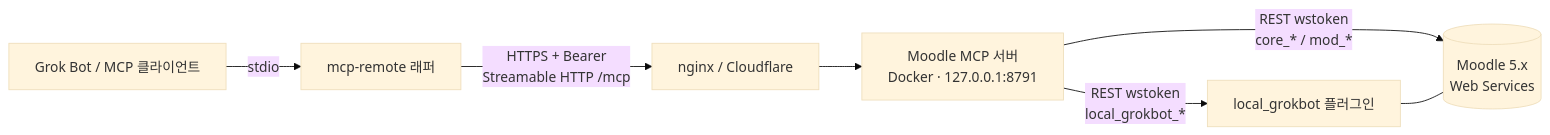
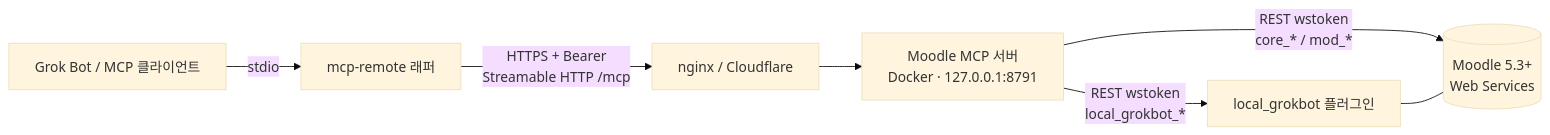
The diagram in README.md (scottnaddle/moodle-agent-mcp), drawn with Mermaid (base theme) before and after one commit. The commit also changed 3 other files, not shown here.

````diff
--- a/README.md
+++ b/README.md
@@ -27,9 +27,9 @@
 ```mermaid
 flowchart LR
   G[Grok Bot / MCP 클라이언트] -- stdio --> R[mcp-remote 래퍼]
   R -- "HTTPS + Bearer<br/>Streamable HTTP /mcp" --> N[nginx / Cloudflare]
   N --> S[Moodle MCP 서버<br/>Docker · 127.0.0.1:8791]
-  S -- "REST wstoken<br/>core_* / mod_*" --> M[(Moodle 5.x<br/>Web Services)]
+  S -- "REST wstoken<br/>core_* / mod_*" --> M[(Moodle 5.3+<br/>Web Services)]
   S -- "REST wstoken<br/>local_grokbot_*" --> P[local_grokbot 플러그인]
   P --- M
 ```
````
